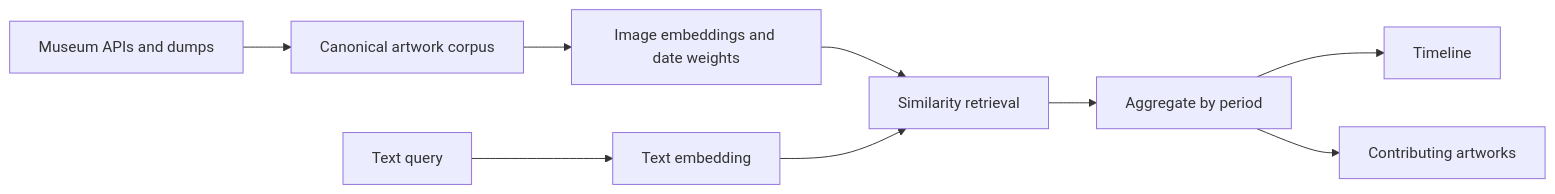
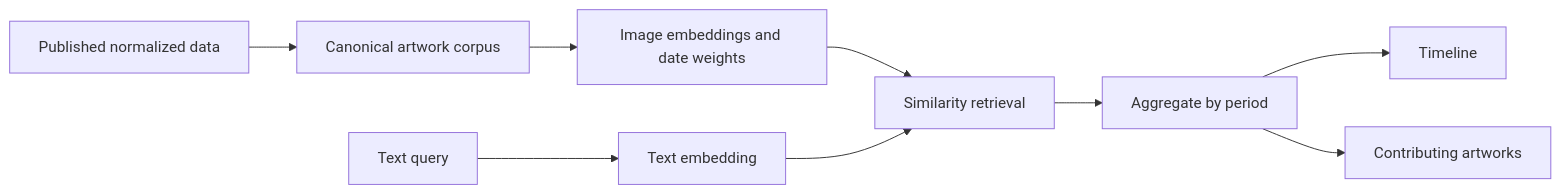
Before and after one commit to hannahsgao/mnemosyne: the diagram in README.md, drawn with Mermaid. The commit also changed other lines of this file and 1 other file, not shown here.

````diff
--- a/README.md
+++ b/README.md
@@ -30,11 +84,11 @@
 ```mermaid
 flowchart LR
-  A[Museum APIs and dumps] --> B[Canonical artwork corpus]
+  A[Published normalized data] --> B[Canonical artwork corpus]
   B --> C[Image embeddings and date weights]
   Q[Text query] --> D[Text embedding]
   C --> E[Similarity retrieval]
   D --> E
   E --> F[Aggregate by period]
   F --> G[Timeline]
   F --> H[Contributing artworks]
 ```
````
